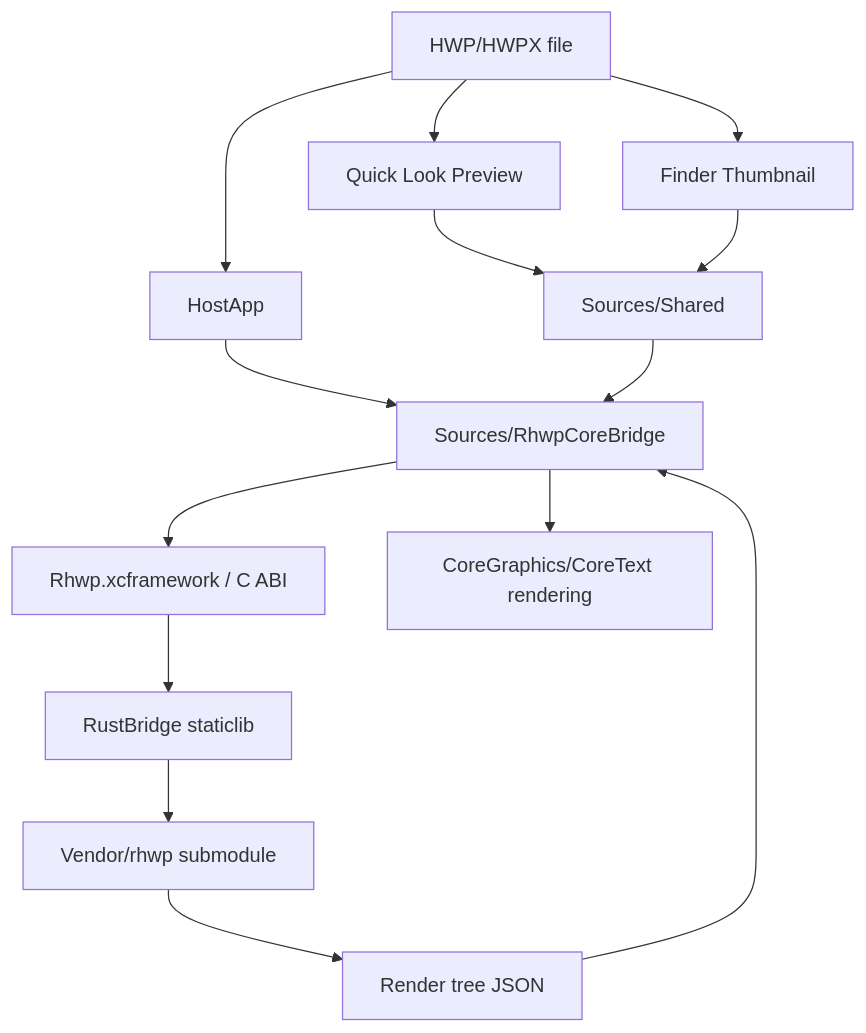
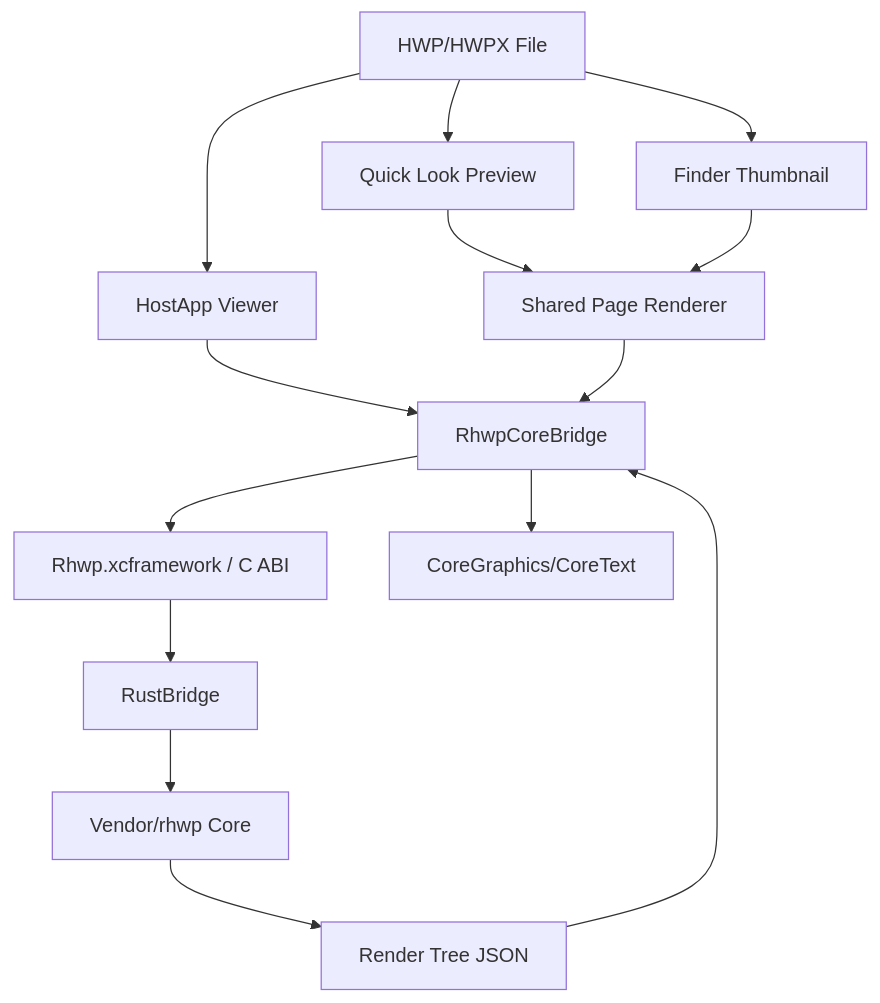
One commit to postmelee/alhangeul-macos changed the diagram in README.md. Above: the diagram before and after it, drawn with Mermaid. The commit also changed other lines of this file and 2 other files, not shown here.

````diff
--- a/README.md
+++ b/README.md
@@ -103,19 +402,16 @@
 ```mermaid
 graph TB
-    File["HWP/HWPX file"] --> HostApp["HostApp"]
-    File --> QuickLook["Quick Look Preview"]
-    File --> Thumbnail["Finder Thumbnail"]
-
-    HostApp --> SwiftBridge["Sources/RhwpCoreBridge"]
-    QuickLook --> SharedRenderer["Sources/Shared"]
-    Thumbnail --> SharedRenderer
-    SharedRenderer --> SwiftBridge
-
-    SwiftBridge --> CABI["Rhwp.xcframework / C ABI"]
-    CABI --> RustBridge["RustBridge staticlib"]
-    RustBridge --> Core["Vendor/rhwp submodule"]
-
-    Core --> RenderTree["Render tree JSON"]
+    HWP[HWP/HWPX File] --> HostApp[HostApp Viewer]
+    HWP --> Preview[Quick Look Preview]
+    HWP --> Thumbnail[Finder Thumbnail]
+    HostApp --> SwiftBridge[RhwpCoreBridge]
+    Preview --> Shared[Shared Page Renderer]
+    Thumbnail --> Shared
+    Shared --> SwiftBridge
+    SwiftBridge --> CABI[Rhwp.xcframework / C ABI]
+    CABI --> RustBridge[RustBridge]
+    RustBridge --> Core[Vendor/rhwp Core]
+    Core --> RenderTree[Render Tree JSON]
     RenderTree --> SwiftBridge
-    SwiftBridge --> CG["CoreGraphics/CoreText rendering"]
+    SwiftBridge --> CG[CoreGraphics/CoreText]
 ```
````
